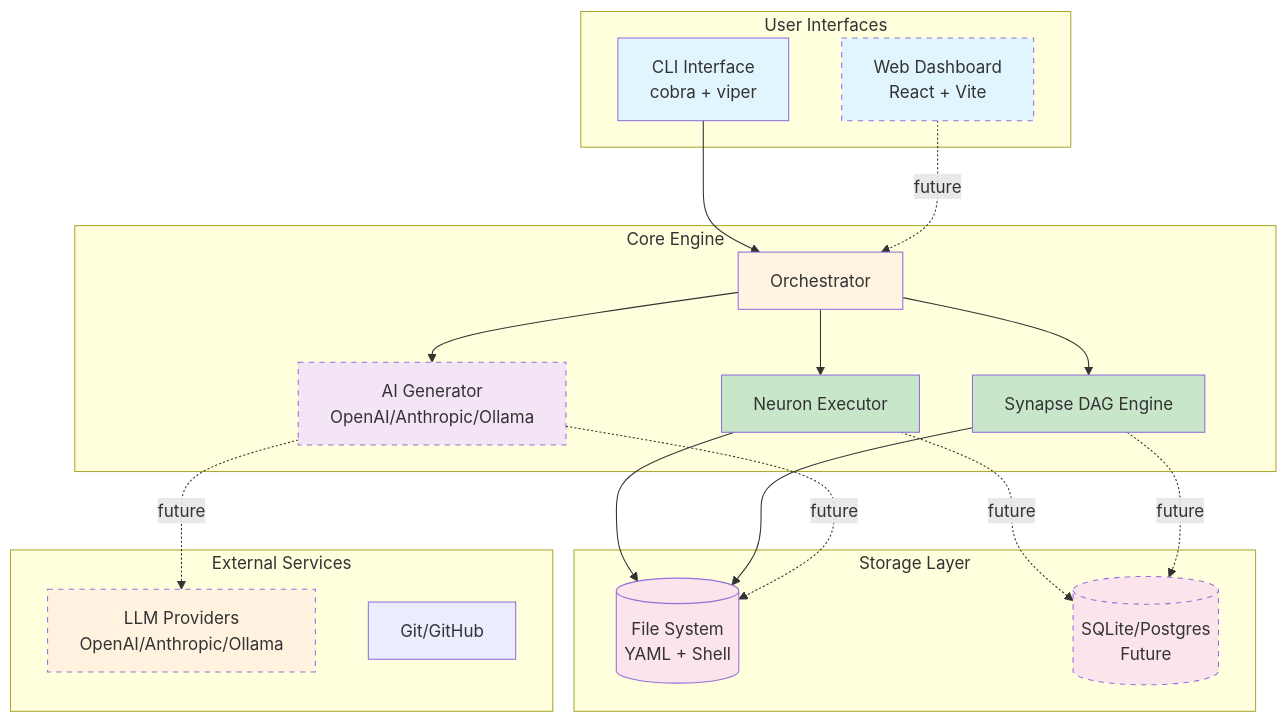
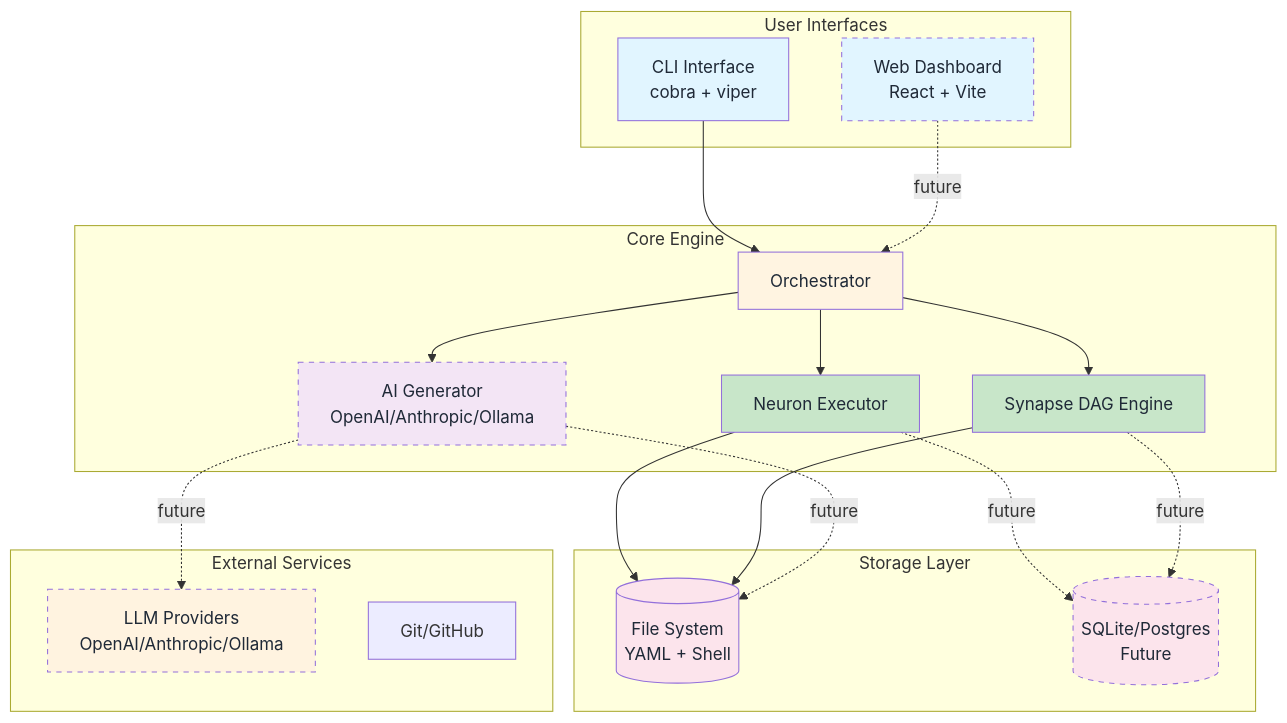
The diagram in docs/architecture/overview.md (mailprak/cortex), drawn with Mermaid before and after one commit. The commit also changed 3 other files, not shown here.

First line of the commit message:
fix(docs): improve Mermaid diagram text visibility with dark color

````diff
--- a/docs/architecture/overview.md
+++ b/docs/architecture/overview.md
@@ -9,48 +9,48 @@
 ```mermaid
 graph TB
     subgraph "User Interfaces"
         CLI[CLI Interface<br/>cobra + viper]
         WebUI[Web Dashboard<br/>React + Vite]
     end
 
     subgraph "Core Engine"
         Orchestrator[Orchestrator]
         NeuronExec[Neuron Executor]
         SynapseDAG[Synapse DAG Engine]
         AIGen[AI Generator<br/>OpenAI/Anthropic/Ollama]
     end
 
     subgraph "Storage Layer"
         FileSystem[(File System<br/>YAML + Shell)]
         Database[(SQLite/Postgres<br/>Future)]
     end
 
     subgraph "External Services"
         LLM[LLM Providers<br/>OpenAI/Anthropic/Ollama]
         Git[Git/GitHub]
     end
 
     CLI --> Orchestrator
     WebUI -.->|future| Orchestrator
     Orchestrator --> NeuronExec
     Orchestrator --> SynapseDAG
     Orchestrator --> AIGen
 
     NeuronExec --> FileSystem
     SynapseDAG --> FileSystem
     AIGen -.->|future| LLM
     AIGen -.->|future| FileSystem
 
     NeuronExec -.->|future| Database
     SynapseDAG -.->|future| Database
 
-    style CLI fill:#e1f5ff
-    style WebUI fill:#e1f5ff,stroke-dasharray: 5 5
-    style Orchestrator fill:#fff4e1
-    style NeuronExec fill:#c8e6c9
-    style SynapseDAG fill:#c8e6c9
-    style AIGen fill:#f3e5f5,stroke-dasharray: 5 5
-    style FileSystem fill:#fce4ec
-    style Database fill:#fce4ec,stroke-dasharray: 5 5
-    style LLM fill:#fff3e0,stroke-dasharray: 5 5
+    style CLI fill:#e1f5ff,color:#1f2937
+    style WebUI fill:#e1f5ff,stroke-dasharray: 5 5,color:#1f2937
+    style Orchestrator fill:#fff4e1,color:#1f2937
+    style NeuronExec fill:#c8e6c9,color:#1f2937
+    style SynapseDAG fill:#c8e6c9,color:#1f2937
+    style AIGen fill:#f3e5f5,stroke-dasharray: 5 5,color:#1f2937
+    style FileSystem fill:#fce4ec,color:#1f2937
+    style Database fill:#fce4ec,stroke-dasharray: 5 5,color:#1f2937
+    style LLM fill:#fff3e0,stroke-dasharray: 5 5,color:#1f2937
 ```
````
